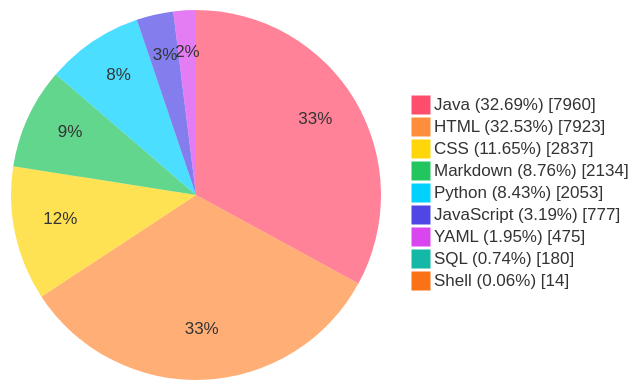
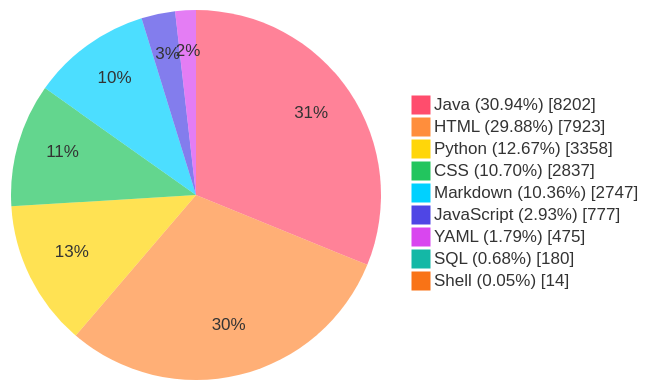
Before and after one commit to TheBadRoger/BUCT-Teaching-Aids: the diagram in README.md, drawn with Mermaid. The commit also changed other lines of this file and 10 other files, not shown here.

````diff
--- a/README.md
+++ b/README.md
@@ -40,28 +40,28 @@
 ```mermaid
 %%{init: {'theme':'base','themeVariables': {
   'fontFamily': 'Fira Code, JetBrains Mono, Source Code Pro, Cascadia Code, Menlo, Consolas, monospace',
   'pieStrokeColor': 'transparent',
   'pieStrokeWidth': '0px',
   'pieOuterStrokeWidth': '0px',
   'pie1': '#FF4D6D',
   'pie2': '#FF8E3C',
   'pie3': '#FFD60A',
   'pie4': '#22C55E',
   'pie5': '#00D1FF',
   'pie6': '#4F46E5',
   'pie7': '#D946EF',
   'pie8': '#14B8A6',
   'pie9': '#F97316',
   'pie10': '#A855F7'
 }}}%%
 pie showData
-    "Java (32.69%)" : 7960
-    "HTML (32.53%)" : 7923
-    "CSS (11.65%)" : 2837
-    "Markdown (8.76%)" : 2134
-    "Python (8.43%)" : 2053
-    "JavaScript (3.19%)" : 777
-    "YAML (1.95%)" : 475
-    "SQL (0.74%)" : 180
-    "Shell (0.06%)" : 14
+    "Java (30.94%)" : 8202
+    "HTML (29.88%)" : 7923
+    "Python (12.67%)" : 3358
+    "CSS (10.70%)" : 2837
+    "Markdown (10.36%)" : 2747
+    "JavaScript (2.93%)" : 777
+    "YAML (1.79%)" : 475
+    "SQL (0.68%)" : 180
+    "Shell (0.05%)" : 14
 ```
````
